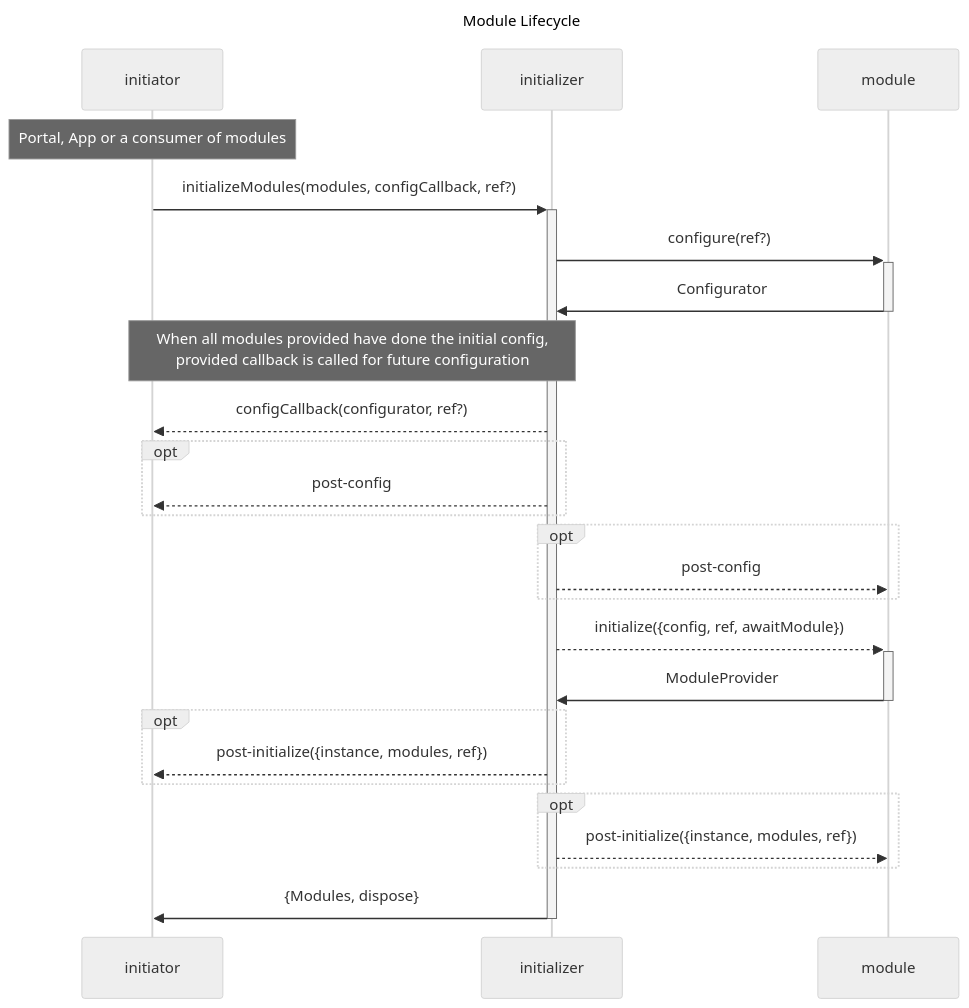
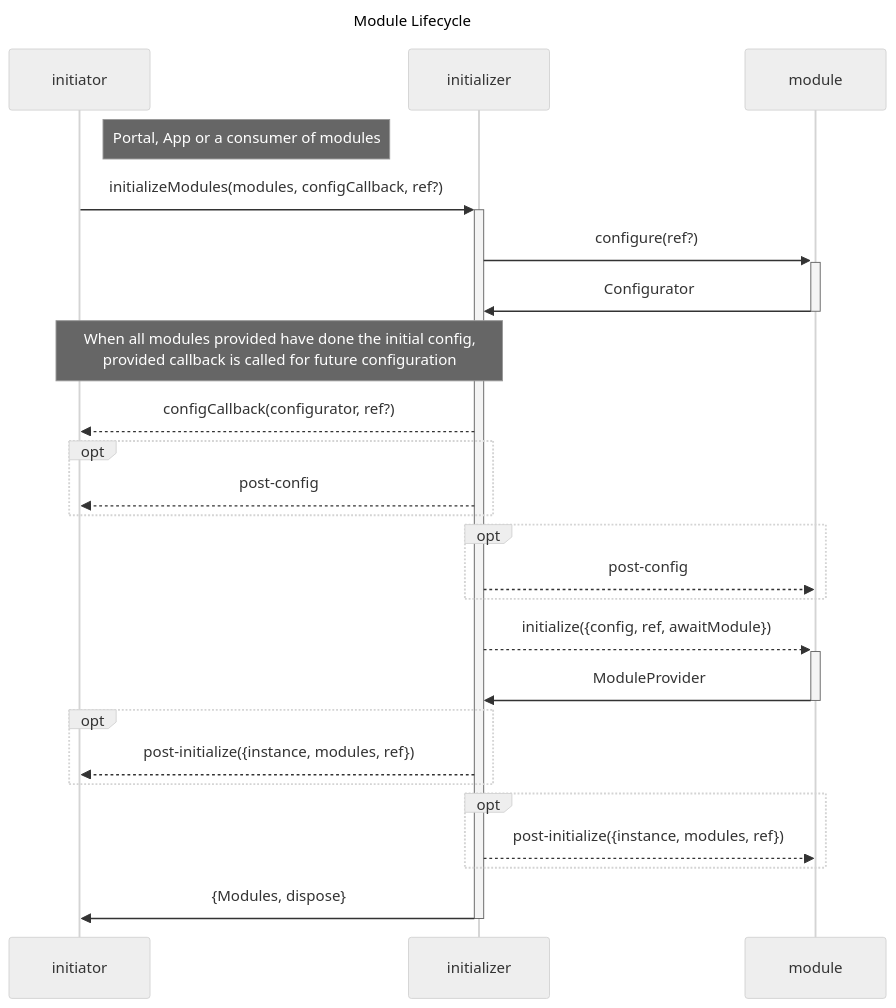
One commit to equinor/fusion-framework changed the diagram in vue-press/src/modules/README.md. Above: the diagram before and after it, drawn with Mermaid (neutral theme). The commit also changed other lines of this file and 23 other files, not shown here.

````diff
--- a/vue-press/src/modules/README.md
+++ b/vue-press/src/modules/README.md
@@ -39,25 +39,25 @@
 ```mermaid
 sequenceDiagram
   title: Module Lifecycle
-  note over initiator: Portal, App or a consumer of modules
+  note right of initiator: Portal, App or a consumer of modules
   initiator->>+initializer: initializeModules(modules, configCallback, ref?)
   initializer->>+module: configure(ref?)
   module->>-initializer: Configurator
   note over initiator,initializer: When all modules provided have done the initial config,<br> provided callback is called for future configuration
   initializer-->>initiator: configCallback(configurator, ref?)
   opt
     initializer-->>initiator: post-config
   end
   opt
     initializer-->>module: post-config
   end
   initializer-->>+module: initialize({config, ref, awaitModule})
   module->>-initializer: ModuleProvider
   opt
     initializer-->>initiator: post-initialize({instance, modules, ref})
   end
   opt
     initializer-->>module: post-initialize({instance, modules, ref})
   end
   initializer->>-initiator: {Modules, dispose}
 ```
````
